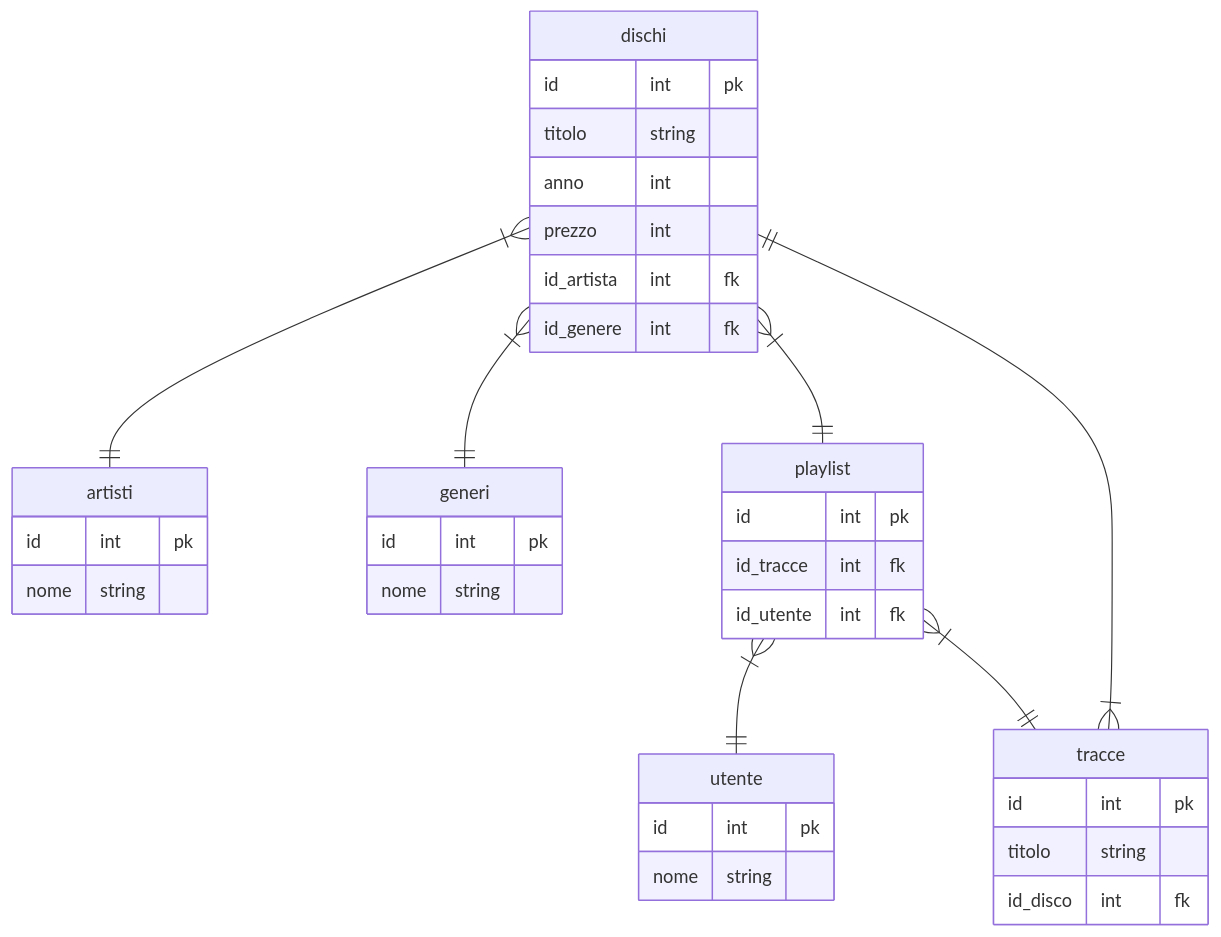
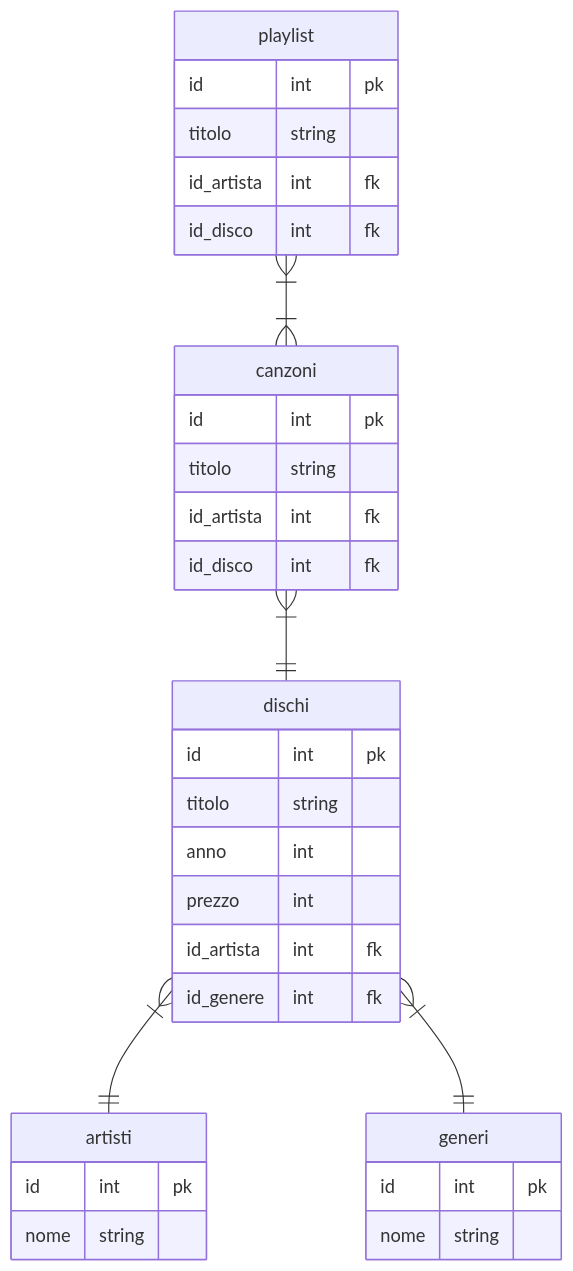
Before and after one commit to AlexBruno9/Corso-Dotnet-2024: the second of 2 diagrams in Siti/Dischi2/README.md, drawn with Mermaid. The commit also changed other lines of this file and 6 other files, not shown here.

````diff
--- a/Siti/Dischi2/README.md
+++ b/Siti/Dischi2/README.md
@@ -95,52 +92,48 @@
 ```mermaid
 erDiagram
 
     a[dischi] {
         id int pk
         titolo string
         anno int
         prezzo int
         id_artista int fk
         id_genere int fk
     }
 
     b[artisti] {
         id int pk
         nome string
     }
 
     c[generi] {
         id int pk
         nome string
     }
-    
-    d[playlist] {
+
+    d[canzoni] {
         id int pk
-        id_tracce int fk
-        id_utente int fk
-        
-
-    }
-    
-    e[utente] {
-        id int pk
-        nome string
+        titolo string
+        id_artista int fk
+        id_disco int fk
     }
 
-    f[tracce ] {
+    e[playlist] {
         id int pk
         titolo string
+        id_artista int fk
         id_disco int fk
     }
- 
-    
+
+
+
+
     a }|--|| b : " "
     a }|--|| c : " "
-    a }|--|| d : " "
-    d }|--|| e : " "
-    d }|--|| f : " "
-    f }|--|| a : " "
+    d }|--|| a : " "
+    e }|--|{ d : " "
 
-    
- 
+
+
+
 ```
````
